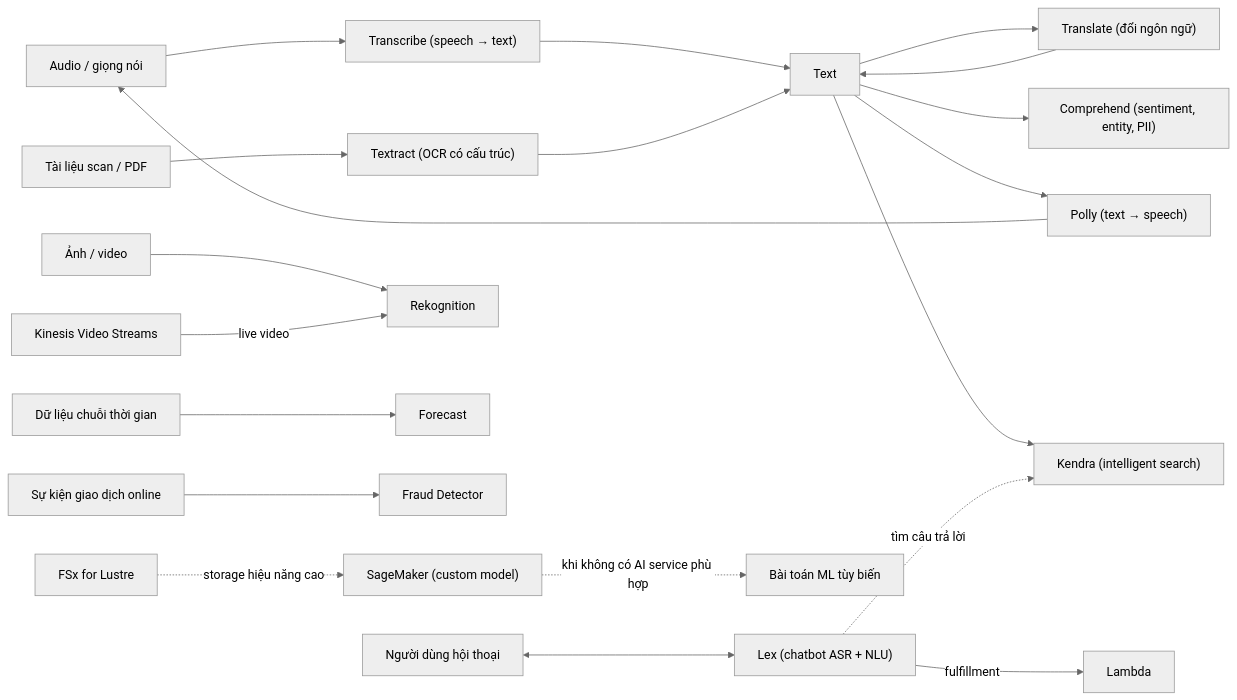
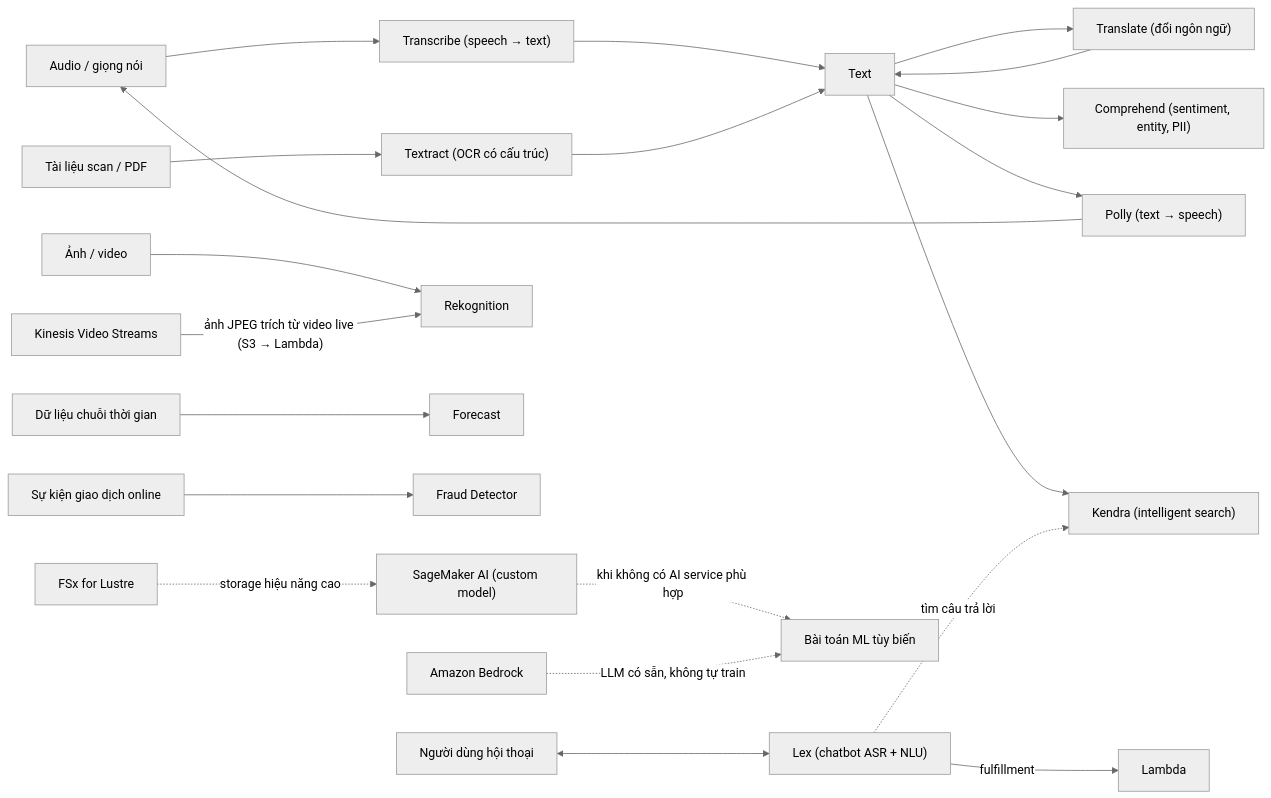
The diagram in data/21 Machine Learning/_MOC 21 Machine Learning.md (hairbui76/aws-saa-c03), drawn with Mermaid (neutral theme) before and after one commit. The commit also changed other lines of this file and 26 other files, not shown here.

````diff
--- a/data/21 Machine Learning/_MOC 21 Machine Learning.md
+++ b/data/21 Machine Learning/_MOC 21 Machine Learning.md
@@ -25,25 +25,26 @@
 ```mermaid
 flowchart LR
   AUDIO["Audio / giọng nói"]
   TEXT["Text"]
   DOC["Tài liệu scan / PDF"]
   IMG["Ảnh / video"]
   TS["Dữ liệu chuỗi thời gian"]
   EVT["Sự kiện giao dịch online"]
 
   AUDIO --> TRS["Transcribe (speech → text)"] --> TEXT
   DOC --> TXT["Textract (OCR có cấu trúc)"] --> TEXT
   TEXT --> TRL["Translate (đổi ngôn ngữ)"] --> TEXT
   TEXT --> CMP["Comprehend (sentiment, entity, PII)"]
   TEXT --> POL["Polly (text → speech)"] --> AUDIO
   TEXT --> KEN["Kendra (intelligent search)"]
   USER["Người dùng hội thoại"] <--> LEX["Lex (chatbot ASR + NLU)"]
   LEX -->|"fulfillment"| LAM["Lambda"]
   LEX -.->|"tìm câu trả lời"| KEN
   IMG --> REK["Rekognition"]
-  KVS["Kinesis Video Streams"] -->|"live video"| REK
+  KVS["Kinesis Video Streams"] -->|"ảnh JPEG trích từ video live (S3 → Lambda)"| REK
   TS --> FC["Forecast"]
   EVT --> FD["Fraud Detector"]
-  SM["SageMaker (custom model)"] -.->|"khi không có AI service phù hợp"| CUSTOM["Bài toán ML tùy biến"]
+  SM["SageMaker AI (custom model)"] -.->|"khi không có AI service phù hợp"| CUSTOM["Bài toán ML tùy biến"]
+  BR["Amazon Bedrock"] -.->|"LLM có sẵn, không tự train"| CUSTOM
   FSXL["FSx for Lustre"] -.->|"storage hiệu năng cao"| SM
 ```
````
